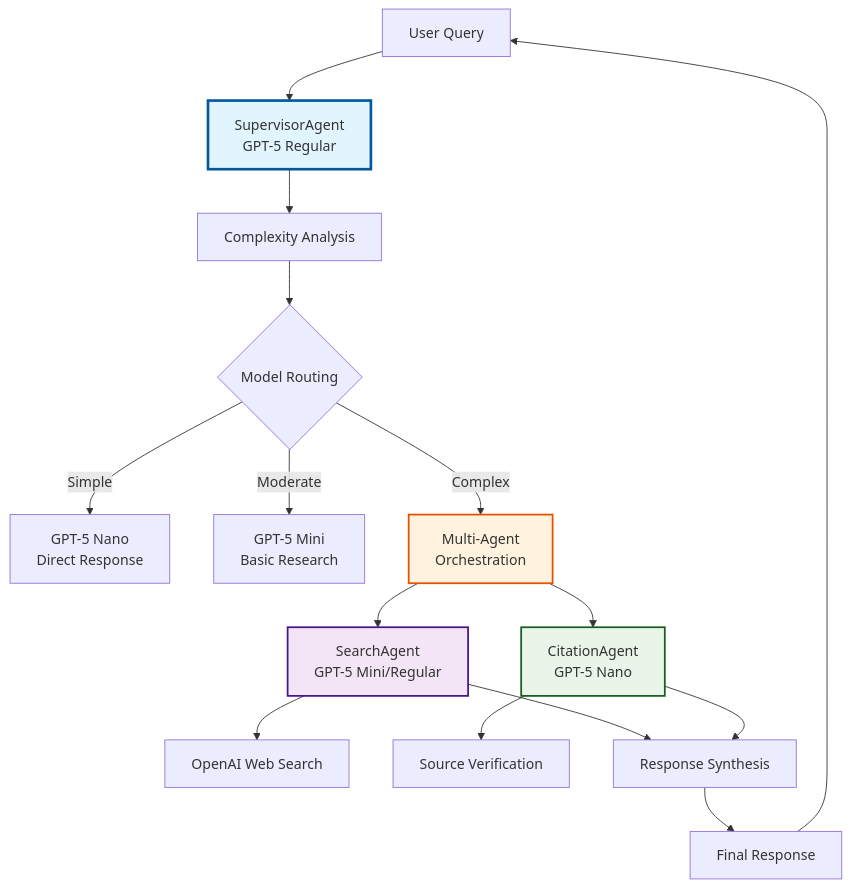
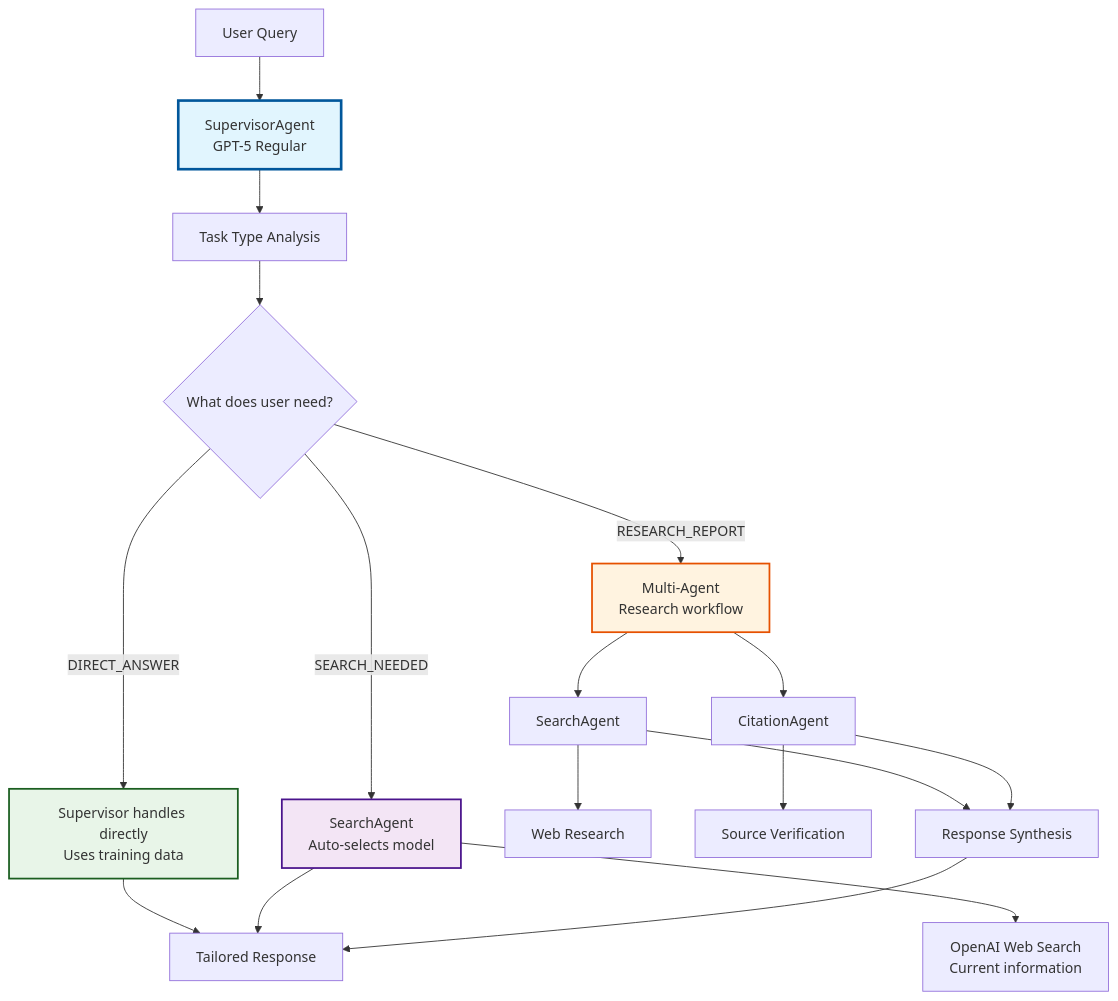
The diagram in README.md (scarnyc/multi_agent_research), drawn with Mermaid before and after one commit. The commit also changed other lines of this file and 2 other files, not shown here.

````diff
--- a/README.md
+++ b/README.md
@@ -75,28 +76,30 @@
 ```mermaid
 graph TB
     Query[User Query] --> Supervisor[SupervisorAgent<br/>GPT-5 Regular]
     
-    Supervisor --> Analyze[Complexity Analysis]
-    Analyze --> Route{Model Routing}
+    Supervisor --> Analyze[Task Type Analysis]
+    Analyze --> Route{What does user need?}
     
-    Route -->|Simple| Nano[GPT-5 Nano<br/>Direct Response]
-    Route -->|Moderate| Mini[GPT-5 Mini<br/>Basic Research]
-    Route -->|Complex| Orchestrate[Multi-Agent<br/>Orchestration]
+    Route -->|DIRECT_ANSWER| Direct[Supervisor handles directly<br/>Uses training data]
+    Route -->|SEARCH_NEEDED| Search[SearchAgent<br/>Auto-selects model]
+    Route -->|RESEARCH_REPORT| Research[Multi-Agent<br/>Research workflow]
     
-    Orchestrate --> Search[SearchAgent<br/>GPT-5 Mini/Regular]
-    Orchestrate --> Citation[CitationAgent<br/>GPT-5 Nano]
+    Search --> WebSearch[OpenAI Web Search<br/>Current information]
+    Research --> SearchMult[SearchAgent]
+    Research --> Citation[CitationAgent]
     
-    Search --> WebSearch[OpenAI Web Search]
+    SearchMult --> WebSearch2[Web Research]
     Citation --> Credibility[Source Verification]
     
-    Search --> Aggregate[Response Synthesis]
+    SearchMult --> Aggregate[Response Synthesis]
     Citation --> Aggregate
     
-    Aggregate --> Final[Final Response]
-    Final --> Query
+    Direct --> Final[Tailored Response]
+    Search --> Final
+    Aggregate --> Final
     
     style Supervisor fill:#e1f5fe,stroke:#01579b,stroke-width:3px
-    style Orchestrate fill:#fff3e0,stroke:#e65100,stroke-width:2px
+    style Direct fill:#e8f5e8,stroke:#1b5e20,stroke-width:2px
     style Search fill:#f3e5f5,stroke:#4a148c,stroke-width:2px
-    style Citation fill:#e8f5e8,stroke:#1b5e20,stroke-width:2px
+    style Research fill:#fff3e0,stroke:#e65100,stroke-width:2px
 ```
````
